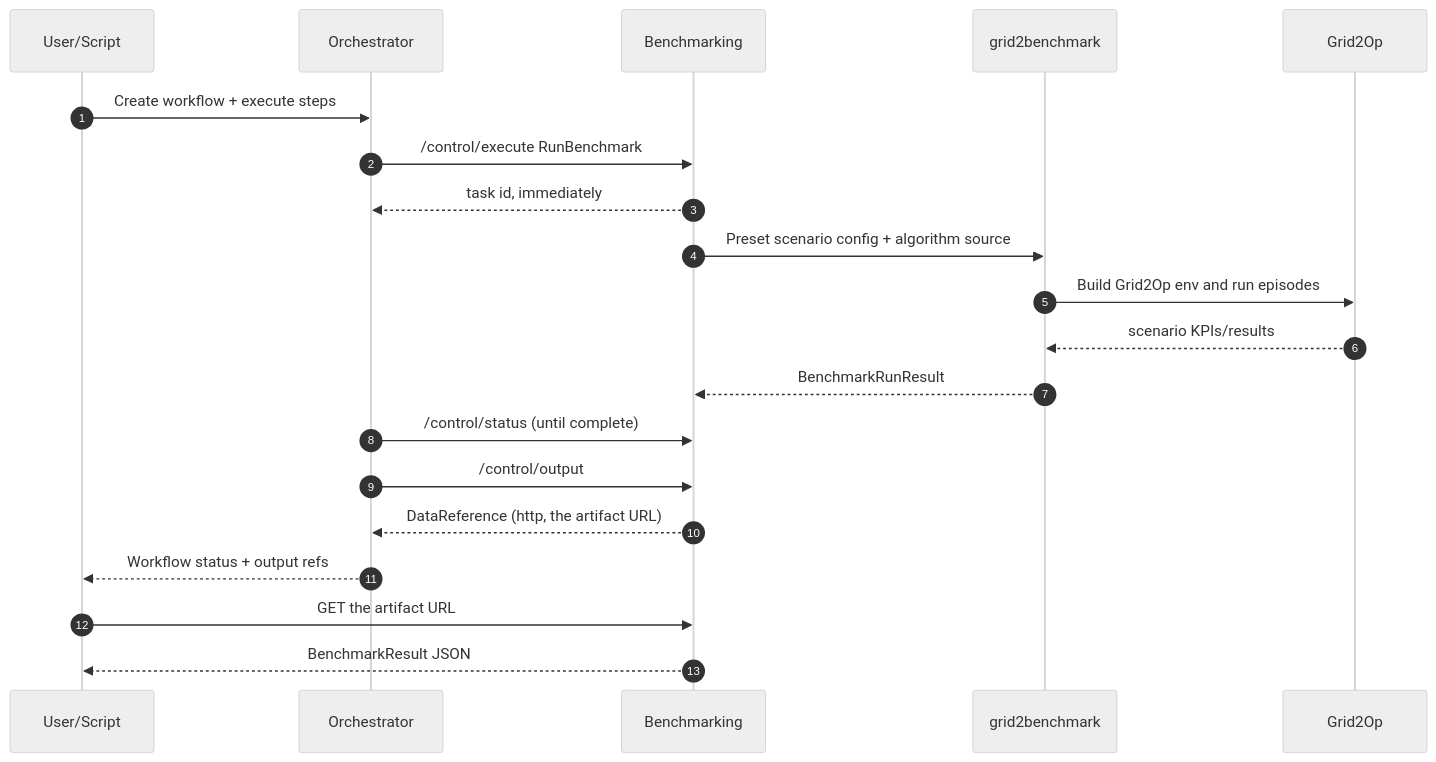
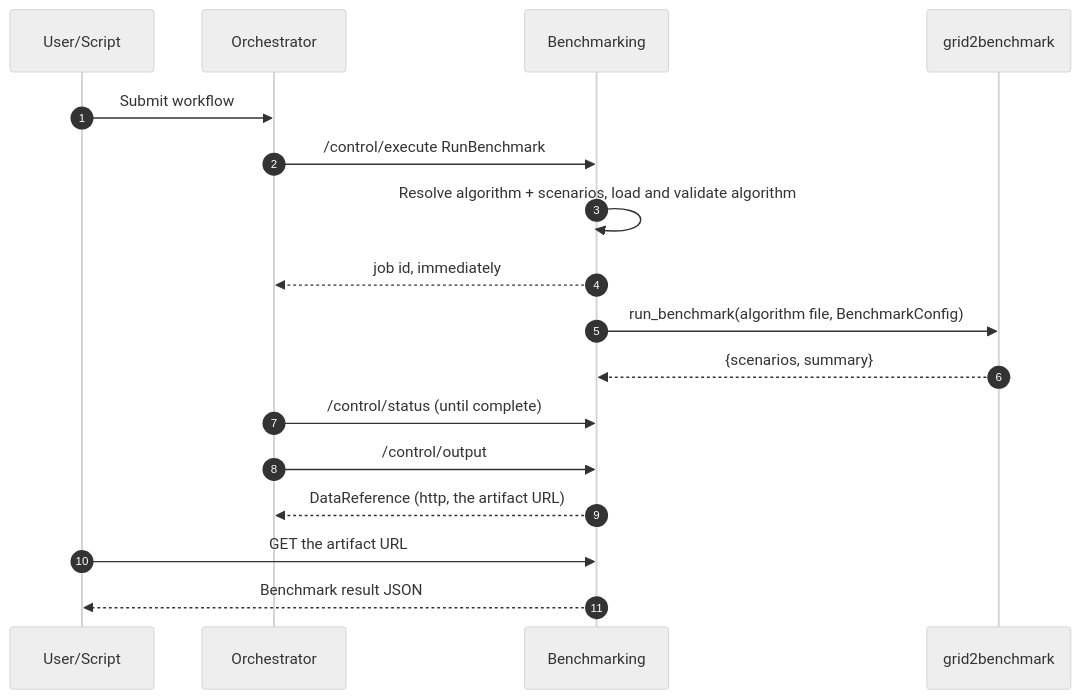
The diagram in use-cases/dutch-node-benchmarking/services/benchmarking/README.md (paulban/ai-effect-wp3), drawn with Mermaid (neutral theme) before and after one commit. The commit also changed other lines of this file and 36 other files, not shown here.

First line of the commit message:
Benchmarking: service.py layout on grid2benchmark, inputs selected by name

````diff
--- a/use-cases/dutch-node-benchmarking/services/benchmarking/README.md
+++ b/use-cases/dutch-node-benchmarking/services/benchmarking/README.md
@@ -108,26 +32,20 @@
 ```mermaid
 sequenceDiagram
   autonumber
   participant U as User/Script
   participant O as Orchestrator
   participant BM as Benchmarking
   participant G2B as grid2benchmark
-  participant G2O as Grid2Op
 
-  U->>O: Create workflow + execute steps
+  U->>O: Submit workflow
   O->>BM: /control/execute RunBenchmark
-
-  BM-->>O: task id, immediately
-
-  BM->>G2B: Preset scenario config + algorithm source
-  G2B->>G2O: Build Grid2Op env and run episodes
-  G2O-->>G2B: scenario KPIs/results
-  G2B-->>BM: BenchmarkRunResult
-
+  BM->>BM: Resolve algorithm + scenarios, load and validate algorithm
+  BM-->>O: job id, immediately
+  BM->>G2B: run_benchmark(algorithm file, BenchmarkConfig)
+  G2B-->>BM: {scenarios, summary}
   O->>BM: /control/status (until complete)
   O->>BM: /control/output
   BM-->>O: DataReference (http, the artifact URL)
-  O-->>U: Workflow status + output refs
   U->>BM: GET the artifact URL
-  BM-->>U: BenchmarkResult JSON
+  BM-->>U: Benchmark result JSON
 ```
````
